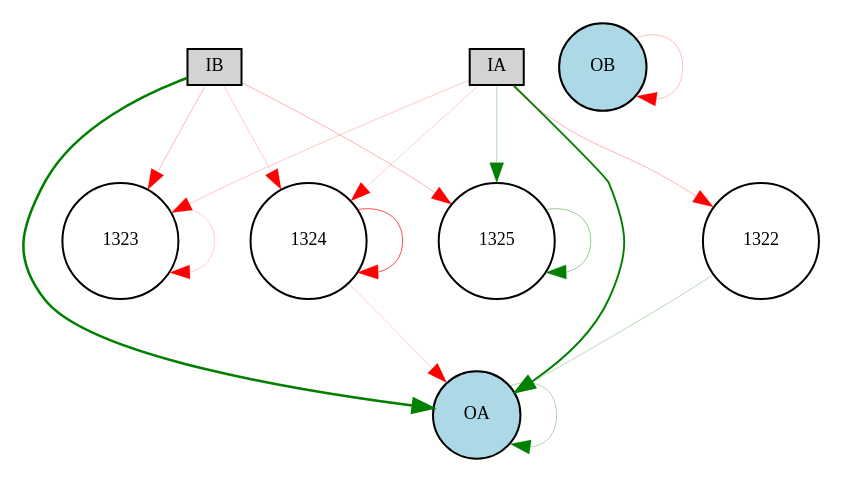
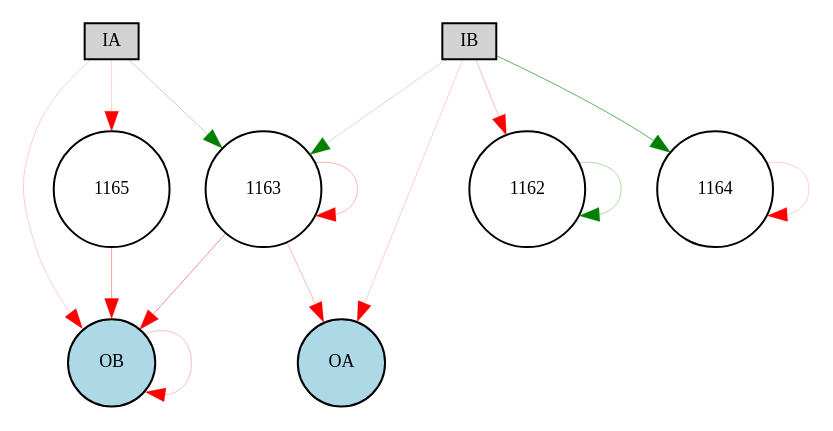
Before and after one commit to danxan/neuromorphic-evolution: the diagram in source/cont_exp/Digraph.gv, drawn with Graphviz. The commit also changed 6 other files, not shown here.

```diff
--- a/source/cont_exp/Digraph.gv
+++ b/source/cont_exp/Digraph.gv
@@ -1,25 +1,23 @@
 digraph {
 	node [fontsize=9 height=0.2 shape=circle width=0.2]
 	IA [fillcolor=lightgray shape=box style=filled]
 	IB [fillcolor=lightgray shape=box style=filled]
 	OA [fillcolor=lightblue style=filled]
 	OB [fillcolor=lightblue style=filled]
-	1322 [fillcolor=white style=filled]
-	1324 [fillcolor=white style=filled]
-	IA -> 1322 [color=red penwidth=0.15031883212323355 style=solid]
-	IA -> 1323 [color=red penwidth=0.11430958208410306 style=solid]
-	IA -> 1324 [color=red penwidth=0.1 style=solid]
-	IA -> 1325 [color=green penwidth=0.13897808328740224 style=solid]
-	IB -> 1323 [color=red penwidth=0.14160490079688354 style=solid]
-	IB -> 1324 [color=red penwidth=0.1 style=solid]
-	IB -> 1325 [color=red penwidth=0.14710947115300496 style=solid]
-	1322 -> OA [color=green penwidth=0.13636369717141222 style=solid]
-	1324 -> OA [color=red penwidth=0.1 style=solid]
-	IA -> OA [color=green penwidth=0.9593550070888349 style=solid]
-	IB -> OA [color=green penwidth=1.2756276710459584 style=solid]
-	OA -> OA [color=green penwidth=0.1649017963365254 style=solid]
-	OB -> OB [color=red penwidth=0.12691941730909675 style=solid]
-	1323 -> 1323 [color=red penwidth=0.1 style=solid]
-	1324 -> 1324 [color=red penwidth=0.35487074877761526 style=solid]
-	1325 -> 1325 [color=green penwidth=0.2141167326530014 style=solid]
+	1163 [fillcolor=white style=filled]
+	1165 [fillcolor=white style=filled]
+	IA -> 1163 [color=green penwidth=0.1399496479178955 style=solid]
+	IA -> 1165 [color=red penwidth=0.1 style=solid]
+	IB -> 1162 [color=red penwidth=0.1263673784368819 style=solid]
+	IB -> 1163 [color=green penwidth=0.11350712962716003 style=solid]
+	IB -> 1164 [color=green penwidth=0.30612761843568476 style=solid]
+	1163 -> OA [color=red penwidth=0.13675399921477308 style=solid]
+	1163 -> OB [color=red penwidth=0.21762202365929106 style=solid]
+	1165 -> OB [color=red penwidth=0.19868550884165354 style=solid]
+	IA -> OB [color=red penwidth=0.1 style=solid]
+	IB -> OA [color=red penwidth=0.1 style=solid]
+	OB -> OB [color=red penwidth=0.1339401630269915 style=solid]
+	1162 -> 1162 [color=green penwidth=0.1594473567559517 style=solid]
+	1163 -> 1163 [color=red penwidth=0.14537729282495554 style=solid]
+	1164 -> 1164 [color=red penwidth=0.1 style=solid]
 }
```
